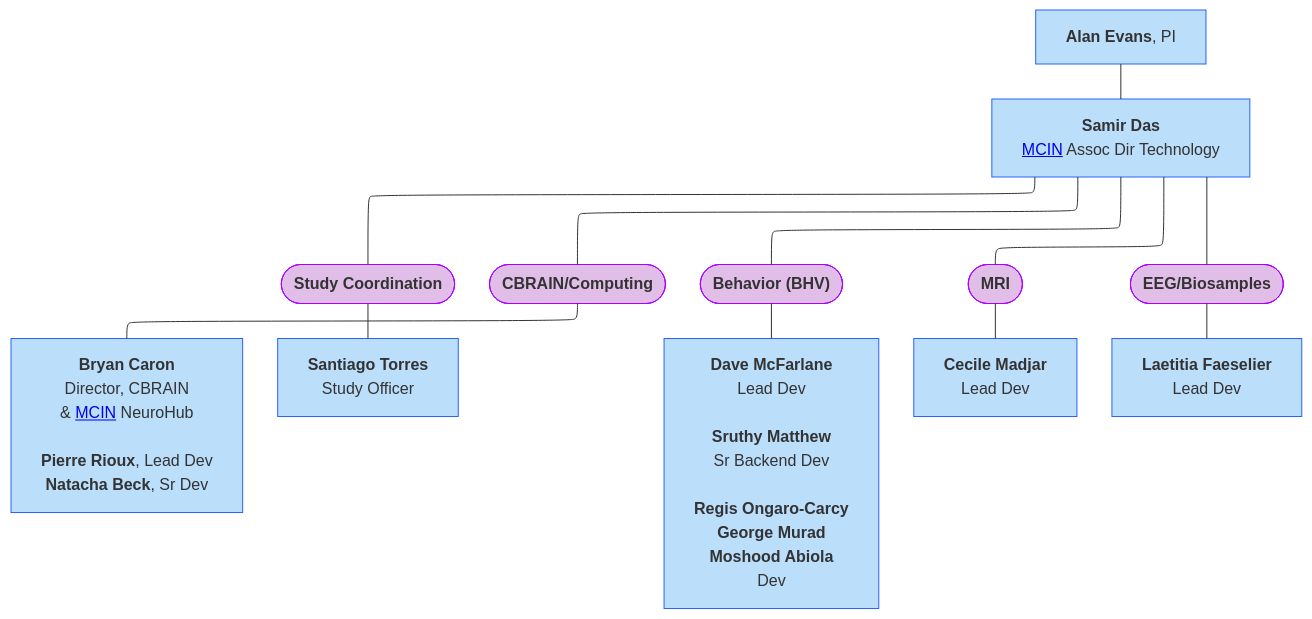
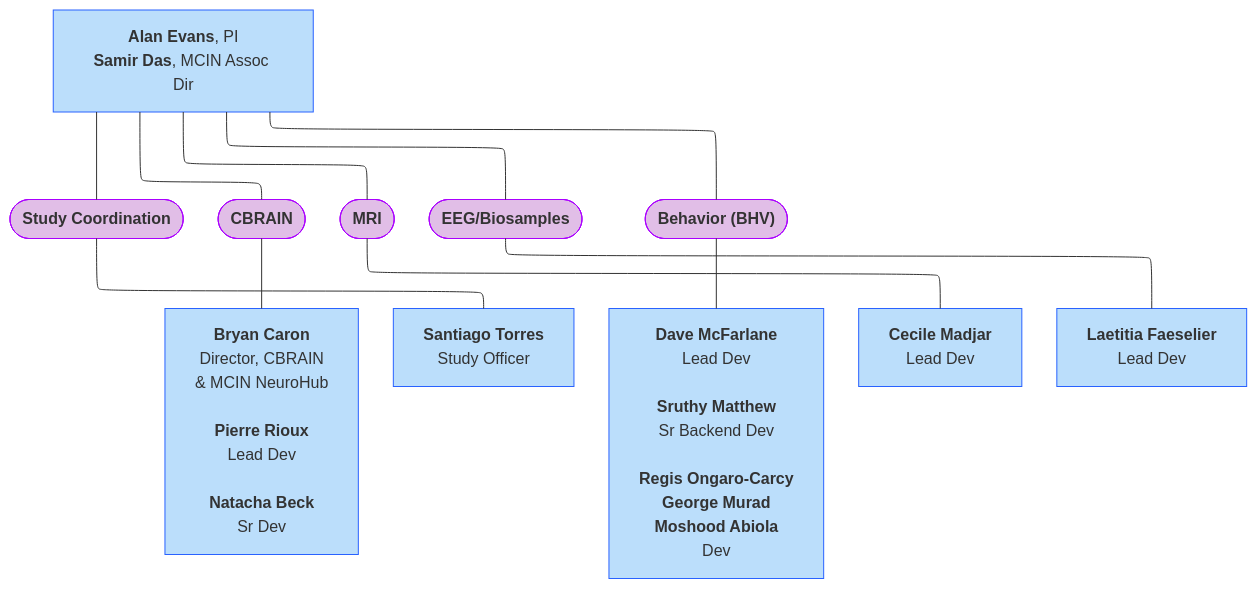
One commit to DCAN-Labs/hbcd-docs-internal changed the third of 10 diagrams in docs/orgcharts.md. Above: the diagram before and after it, drawn with Mermaid.

Commit message:
clean up loris

````diff
--- a/docs/orgcharts.md
+++ b/docs/orgcharts.md
@@ -127,27 +127,24 @@
 ```mermaid
 ---
 config:
   layout: elk
 ---
 flowchart TB
-    A["<b>Alan Evans</b>, PI"] --- nl["<b>Samir Das</b><br><a href="https://mcin.ca/about-mcin/" target="_blank">MCIN</a> Assoc Dir Technology"]
-    nl --- n9(["<b>Study Coordination</b>"]) & C(["<b>CBRAIN/Computing</b>"])
-    C --- n12["<b>Bryan Caron</b><br>Director, CBRAIN<br>&amp; <a href="https://mcin.ca/about-mcin/" target="_blank">MCIN</a> NeuroHub<br><br><b>Pierre Rioux</b>, Lead Dev<br><b>Natacha Beck</b>, Sr Dev"]
+    nl["<b>Alan Evans</b>, PI<br><b>Samir Das</b>, MCIN Assoc Dir"] --- n9(["<b>Study Coordination</b>"]) & C(["<b>CBRAIN</b>"]) & G(["<b>MRI</b>"]) & H(["<b>EEG/Biosamples</b>"]) & F(["<b>Behavior (BHV)</b>"])
+    C --- n12["<b>Bryan Caron</b><br>Director, CBRAIN<br>&amp; MCIN NeuroHub<br><br><b>Pierre Rioux</b><br>Lead Dev<br><br><b>Natacha Beck</b><br>Sr Dev"]
     n9 --- E["<b>Santiago Torres</b><br>Study Officer"]
-    F(["<b>Behavior (BHV)</b>"]) --- I["<b>Dave McFarlane</b><br>Lead Dev<br><br><b>Sruthy Matthew</b><br>Sr Backend Dev<br><br><b>Regis Ongaro-Carcy<br>George Murad<br>Moshood Abiola</b><br>Dev"]
-    G(["<b>MRI</b>"]) --- L["<b>Cecile Madjar</b><br>Lead Dev"]
-    H(["<b>EEG/Biosamples</b>"]) --- M["<b>Laetitia Faeselier</b><br>Lead Dev"]
-    nl --- G & H & F
-    style A stroke:#2962FF,fill:#BBDEFB
+    F --- I["<b>Dave McFarlane</b><br>Lead Dev<br><br><b>Sruthy Matthew</b><br>Sr Backend Dev<br><br><b>Regis Ongaro-Carcy<br>George Murad<br>Moshood Abiola</b><br>Dev"]
+    G --- L["<b>Cecile Madjar</b><br>Lead Dev"]
+    H --- M["<b>Laetitia Faeselier</b><br>Lead Dev"]
     style nl stroke:#2962FF,fill:#BBDEFB
     style n9 stroke:#AA00FF,fill:#E1BEE7
     style C stroke:#AA00FF,fill:#E1BEE7
+    style G stroke:#AA00FF,fill:#E1BEE7
+    style H stroke:#AA00FF,fill:#E1BEE7
+    style F stroke:#AA00FF,fill:#E1BEE7
     style n12 stroke:#2962FF,fill:#BBDEFB
     style E stroke:#2962FF,fill:#BBDEFB
-    style F stroke:#AA00FF,fill:#E1BEE7
     style I stroke:#2962FF,fill:#BBDEFB
-    style G stroke:#AA00FF,fill:#E1BEE7
     style L stroke:#2962FF,fill:#BBDEFB
-    style H stroke:#AA00FF,fill:#E1BEE7
     style M stroke:#2962FF,fill:#BBDEFB
 ```
````
